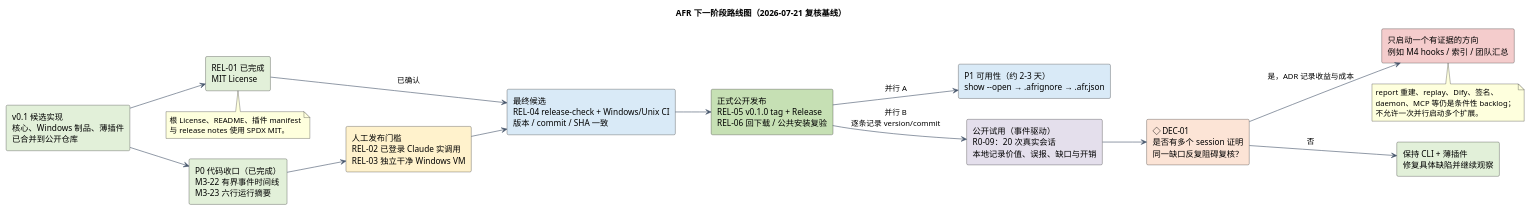
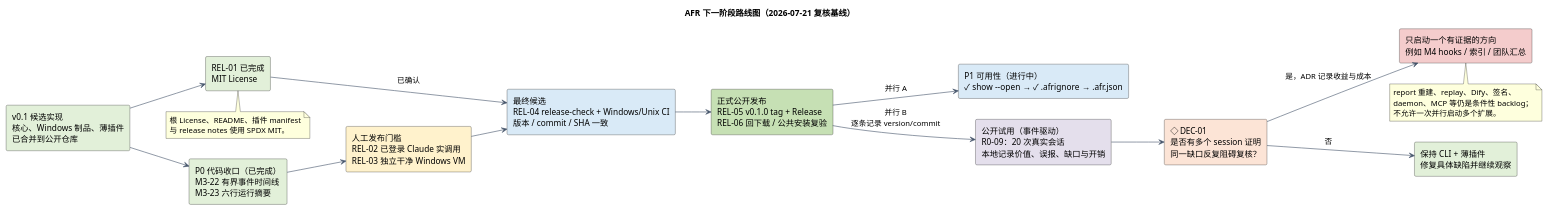
The tenth of 10 diagrams in docs/architecture.puml (liao96312/agent-flight-recorder), drawn with PlantUML before and after one commit. The commit also changed 9 other files, not shown here.

```diff
--- a/docs/architecture.puml
+++ b/docs/architecture.puml
@@ -613,45 +613,45 @@
 @startuml AFR_10_Next_Roadmap
 title AFR 下一阶段路线图（2026-07-21 复核基线）
 
 skinparam backgroundColor #FFFFFF
 skinparam shadowing false
 skinparam defaultFontName Microsoft YaHei
 skinparam ArrowColor #44546A
 left to right direction
 
 rectangle "v0.1 候选实现\n核心、Windows 制品、薄插件\n已合并到公开仓库" as Candidate #E2F0D9
 rectangle "P0 代码收口（已完成）\nM3-22 有界事件时间线\nM3-23 六行运行摘要" as P0Close #E2F0D9
 rectangle "REL-01 已完成\nMIT License" as License #E2F0D9
 rectangle "人工发布门槛\nREL-02 已登录 Claude 实调用\nREL-03 独立干净 Windows VM" as Manual #FFF2CC
 rectangle "最终候选\nREL-04 release-check + Windows/Unix CI\n版本 / commit / SHA 一致" as RC #D9EAF7
 rectangle "正式公开发布\nREL-05 v0.1.0 tag + Release\nREL-06 回下载 / 公共安装复验" as Release #C6E0B4
-rectangle "P1 可用性（约 2–3 天）\nshow --open → .afrignore → .afr.json" as P1 #D9EAF7
+rectangle "P1 可用性（进行中）\n✓ show --open → ✓ .afrignore → .afr.json" as P1 #D9EAF7
 rectangle "公开试用（事件驱动）\nR0-09：20 次真实会话\n本地记录价值、误报、缺口与开销" as Pilot #E4DFEC
 rectangle "◇ DEC-01\n是否有多个 session 证明\n同一缺口反复阻碍复核？" as DataGate #FCE4D6
 rectangle "保持 CLI + 薄插件\n修复具体缺陷并继续观察" as Maintain #E2F0D9
 rectangle "只启动一个有证据的方向\n例如 M4 hooks / 索引 / 团队汇总" as OneDirection #F4CCCC
 
 Candidate --> P0Close
 Candidate --> License
 P0Close --> Manual
 Manual --> RC
 License --> RC : 已确认
 RC --> Release
 Release --> P1 : 并行 A
 Release --> Pilot : 并行 B\n逐条记录 version/commit
 Pilot --> DataGate
 DataGate --> OneDirection : 是，ADR 记录收益与成本
 DataGate --> Maintain : 否
 
 note bottom of License
   根 License、README、插件 manifest
   与 release notes 使用 SPDX MIT。
 end note
 
 note bottom of OneDirection
   report 重建、replay、Dify、签名、
   daemon、MCP 等仍是条件性 backlog；
   不允许一次并行启动多个扩展。
 end note
 
 @enduml
```
